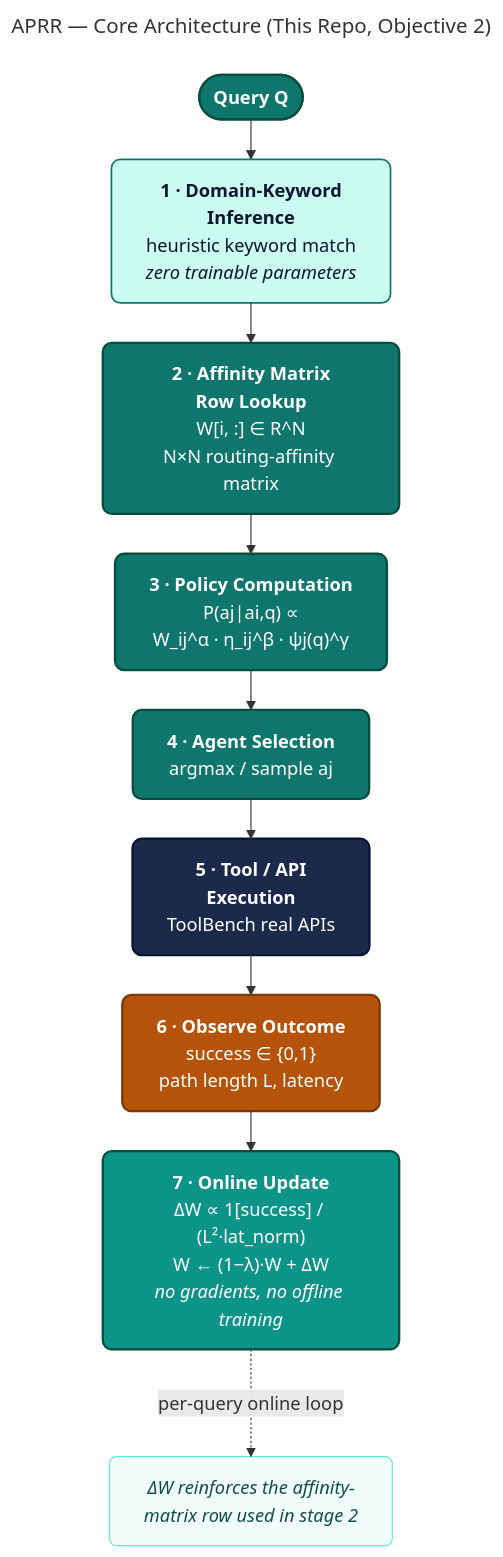
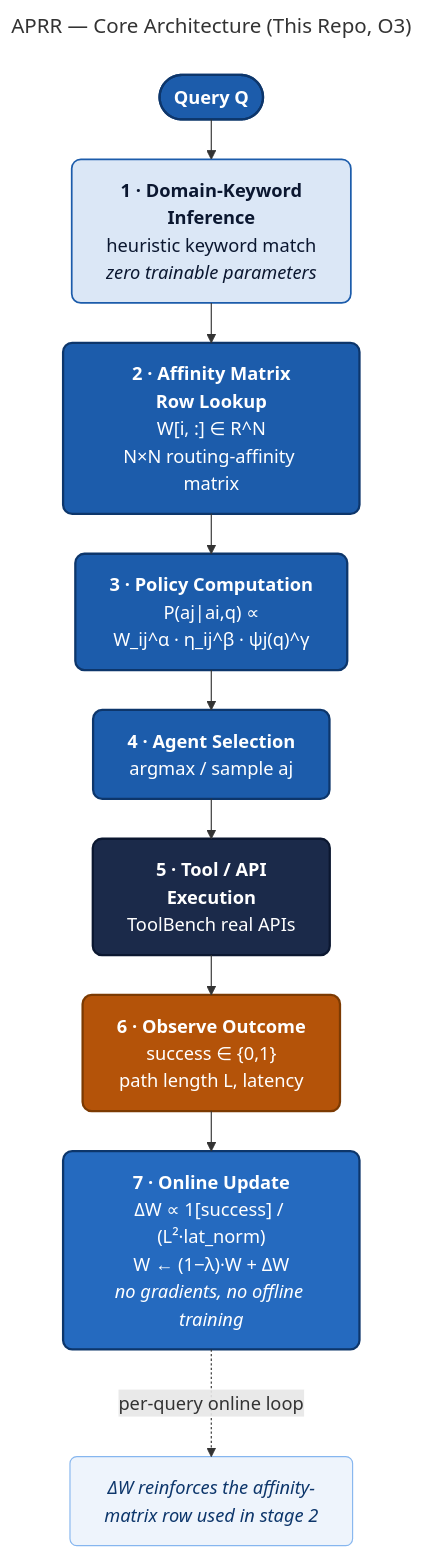
The second of 4 diagrams in README.md (joyjeni/aprr-multi-agent-routing), drawn with Mermaid before and after one commit. The commit also changed other lines of this file, not shown here.

````diff
--- a/README.md
+++ b/README.md
@@ -93,28 +130,28 @@
 ```mermaid
 ---
-title: APRR — Core Architecture (This Repo, Objective 2)
+title: APRR — Core Architecture (This Repo, O3)
 config:
   layout: elk
 ---
 flowchart TD
     Q(["<b>Query Q</b>"]):::input
     KW["<b>1 · Domain-Keyword<br/>Inference</b><br/>heuristic keyword match<br/><i>zero trainable parameters</i>"]:::light
     ROW["<b>2 · Affinity Matrix<br/>Row Lookup</b><br/>W[i, :] &isin; R^N<br/>N&times;N routing-affinity matrix"]:::core
     POL["<b>3 · Policy Computation</b><br/>P(aj|ai,q) &prop;<br/>W_ij^&alpha; &middot; &eta;_ij^&beta; &middot; &psi;j(q)^&gamma;"]:::core
     SEL["<b>4 · Agent Selection</b><br/>argmax / sample aj"]:::core
     EXEC["<b>5 · Tool / API<br/>Execution</b><br/>ToolBench real APIs"]:::exec
     OUT["<b>6 · Observe Outcome</b><br/>success &isin; {0,1}<br/>path length L, latency"]:::observe
     UPD["<b>7 · Online Update</b><br/>&Delta;W &prop; 1[success] / (L&sup2;&middot;lat_norm)<br/>W &larr; (1&minus;&lambda;)&middot;W + &Delta;W<br/><i>no gradients, no offline training</i>"]:::update
     NOTE["<i>&Delta;W reinforces the affinity-<br/>matrix row used in stage 2</i>"]:::note
 
     Q --> KW --> ROW --> POL --> SEL --> EXEC --> OUT --> UPD
     UPD -.->|"per-query online loop"| NOTE
 
-    classDef input fill:#0F766E,color:#ffffff,stroke:#064E3B,stroke-width:2px,rx:8,ry:8
-    classDef light fill:#CCFBF1,color:#0B1730,stroke:#0F766E,stroke-width:1.5px,rx:8,ry:8
-    classDef core fill:#0F766E,color:#ffffff,stroke:#064E3B,stroke-width:2px,rx:8,ry:8
+    classDef input fill:#1c5cab,color:#ffffff,stroke:#0d366b,stroke-width:2px,rx:8,ry:8
+    classDef light fill:#dbe7f6,color:#0B1730,stroke:#1c5cab,stroke-width:1.5px,rx:8,ry:8
+    classDef core fill:#1c5cab,color:#ffffff,stroke:#0d366b,stroke-width:2px,rx:8,ry:8
     classDef exec fill:#1B2A4A,color:#ffffff,stroke:#0B1730,stroke-width:2px,rx:8,ry:8
     classDef observe fill:#B45309,color:#ffffff,stroke:#7C3A02,stroke-width:2px,rx:8,ry:8
-    classDef update fill:#0D9488,color:#ffffff,stroke:#064E3B,stroke-width:2px,rx:8,ry:8
-    classDef note fill:#F0FDFA,color:#134E4A,stroke:#5EEAD4,stroke-width:1px,rx:6,ry:6
+    classDef update fill:#256abf,color:#ffffff,stroke:#0d366b,stroke-width:2px,rx:8,ry:8
+    classDef note fill:#eef4fc,color:#0d366b,stroke:#86b6ef,stroke-width:1px,rx:6,ry:6
 ```
````
